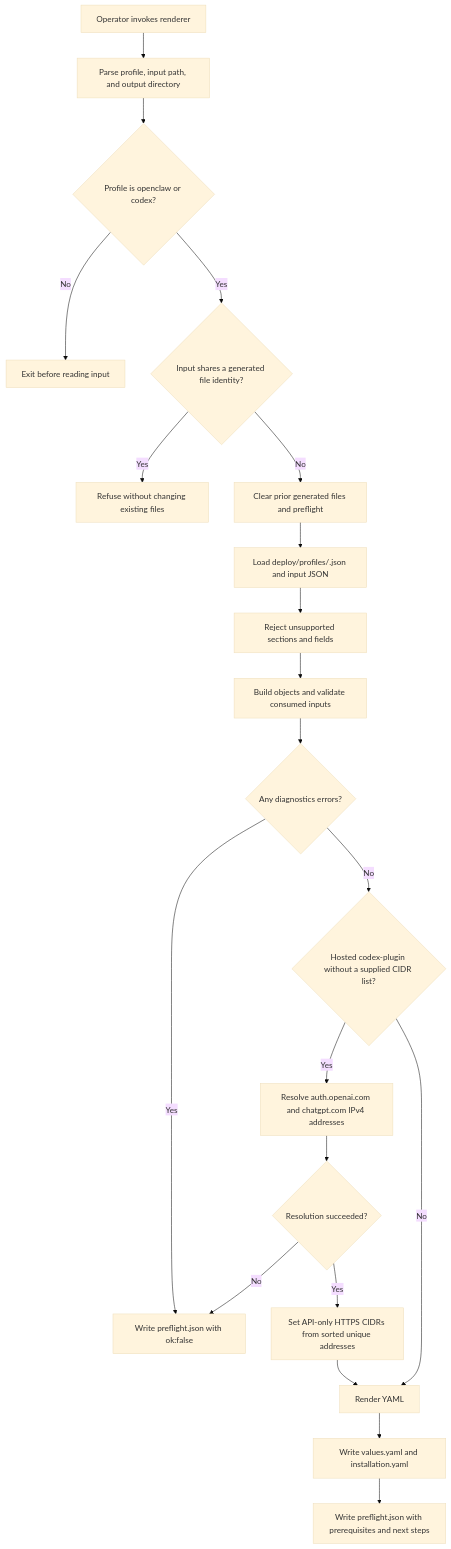
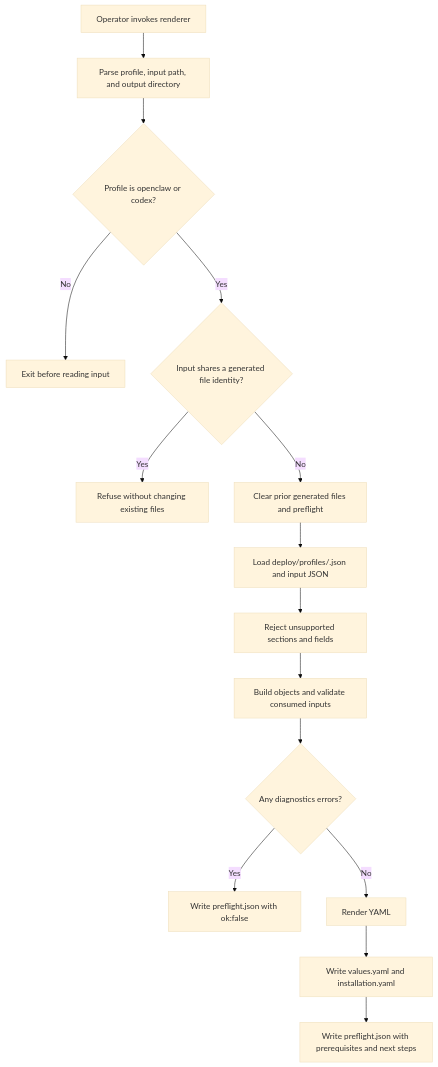
Before and after one commit to openclaw/openclaw-enterprise: the diagram in docs/flows/installation-profile-rendering.md, drawn with Mermaid (base theme). The commit also changed other lines of this file and 57 other files, not shown here.

````diff
--- a/docs/flows/installation-profile-rendering.md
+++ b/docs/flows/installation-profile-rendering.md
@@ -30,23 +29,17 @@
 ```mermaid
 graph TD
   A["Operator invokes renderer"] --> B["Parse profile, input path, and output directory"]
   B --> C{"Profile is openclaw or codex?"}
   C -->|No| X["Exit before reading input"]
   C -->|Yes| P{"Input shares a generated file identity?"}
   P -->|Yes| Q["Refuse without changing existing files"]
   P -->|No| R["Clear prior generated files and preflight"]
   R --> D["Load deploy/profiles/<profile>.json and input JSON"]
   D --> E["Reject unsupported sections and fields"]
   E --> F["Build objects and validate consumed inputs"]
   F --> G{"Any diagnostics errors?"}
   G -->|Yes| H["Write preflight.json with ok:false"]
-  G -->|No| I{"Hosted codex-plugin without a supplied CIDR list?"}
-  I -->|Yes| M["Resolve auth.openai.com and chatgpt.com IPv4 addresses"]
-  M --> N{"Resolution succeeded?"}
-  N -->|No| H
-  N -->|Yes| O["Set API-only HTTPS CIDRs from sorted unique addresses"]
-  I -->|No| J["Render YAML"]
-  O --> J
+  G -->|No| J["Render YAML"]
   J --> K["Write values.yaml and installation.yaml"]
   K --> L["Write preflight.json with prerequisites and next steps"]
 ```
````
